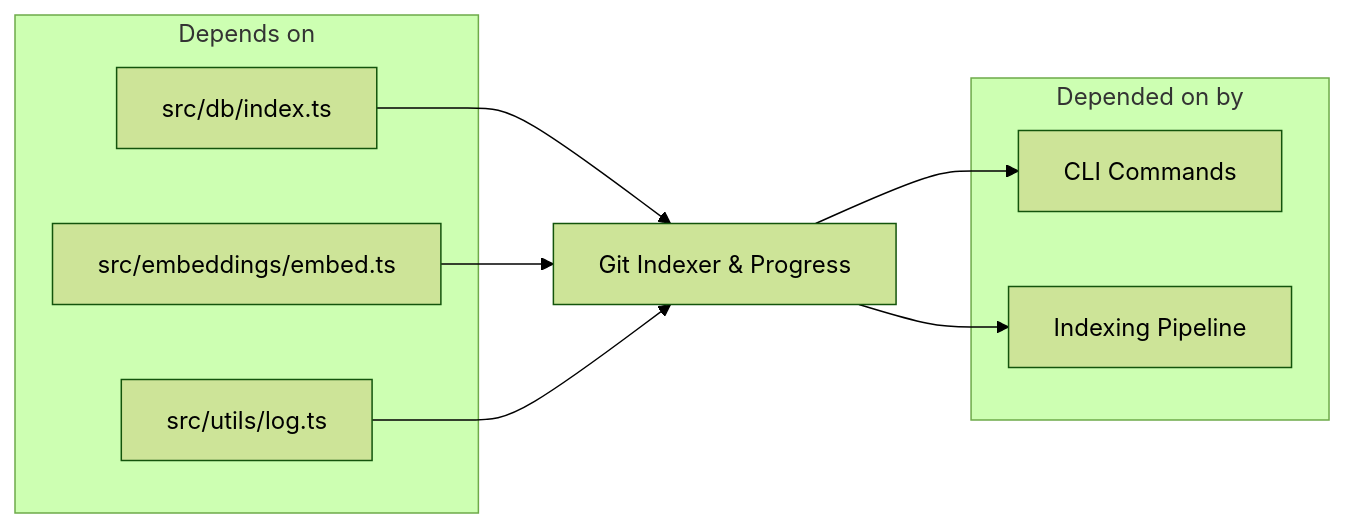
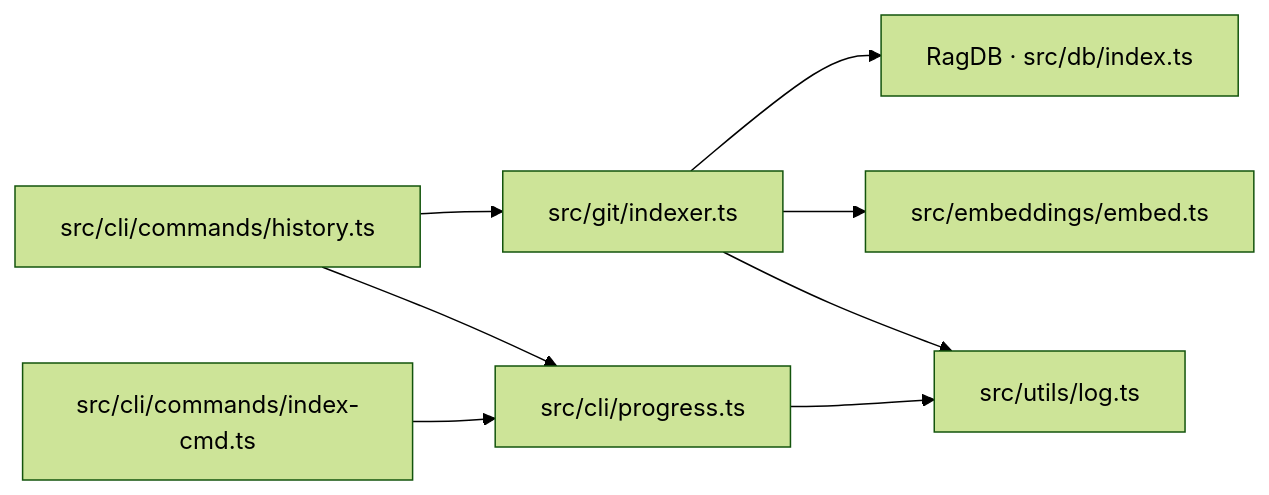
The second of 2 diagrams in wiki/communities/git-indexer-progress.md (TheWinci/mimirs), drawn with Mermaid (forest theme) before and after one commit. The commit also changed other lines of this file and 36 other files, not shown here.

````diff
--- a/wiki/communities/git-indexer-progress.md
+++ b/wiki/communities/git-indexer-progress.md
@@ -46,18 +40,17 @@
 ```mermaid
 flowchart LR
-  subgraph Upstream["Depends on"]
-    db["src/db/index.ts"]
-    embed["src/embeddings/embed.ts"]
-    logUtil["src/utils/log.ts"]
-  end
-  gitIdx["Git Indexer & Progress"]
-  subgraph Downstream["Depended on by"]
-    cliCmds["CLI Commands"]
-    indexing["Indexing Pipeline"]
-  end
-  db --> gitIdx
-  embed --> gitIdx
-  logUtil --> gitIdx
-  gitIdx --> cliCmds
-  gitIdx --> indexing
+    indexerMod["src/git/indexer.ts"]
+    progMod["src/cli/progress.ts"]
+    ragdb["RagDB · src/db/index.ts"]
+    embedMod["src/embeddings/embed.ts"]
+    logMod["src/utils/log.ts"]
+    historyCmd["src/cli/commands/history.ts"]
+    indexCmd["src/cli/commands/index-cmd.ts"]
+    indexerMod --> ragdb
+    indexerMod --> embedMod
+    indexerMod --> logMod
+    progMod --> logMod
+    historyCmd --> indexerMod
+    historyCmd --> progMod
+    indexCmd --> progMod
 ```
````
